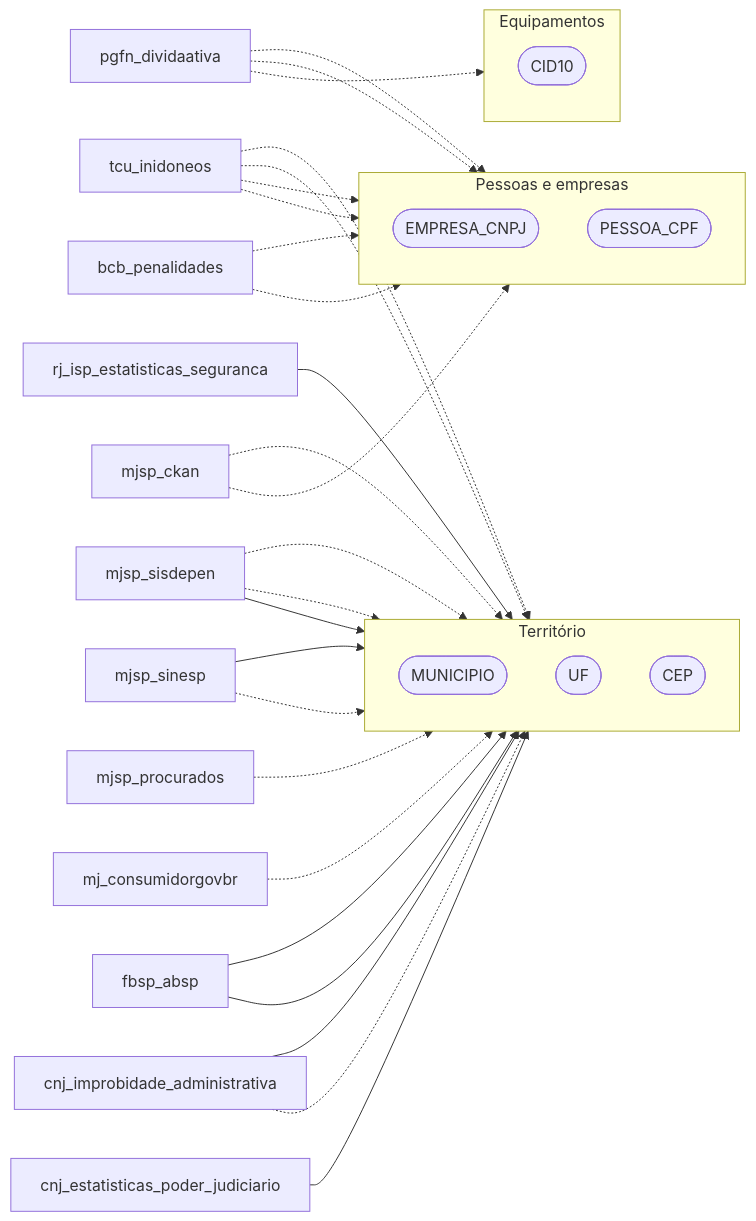
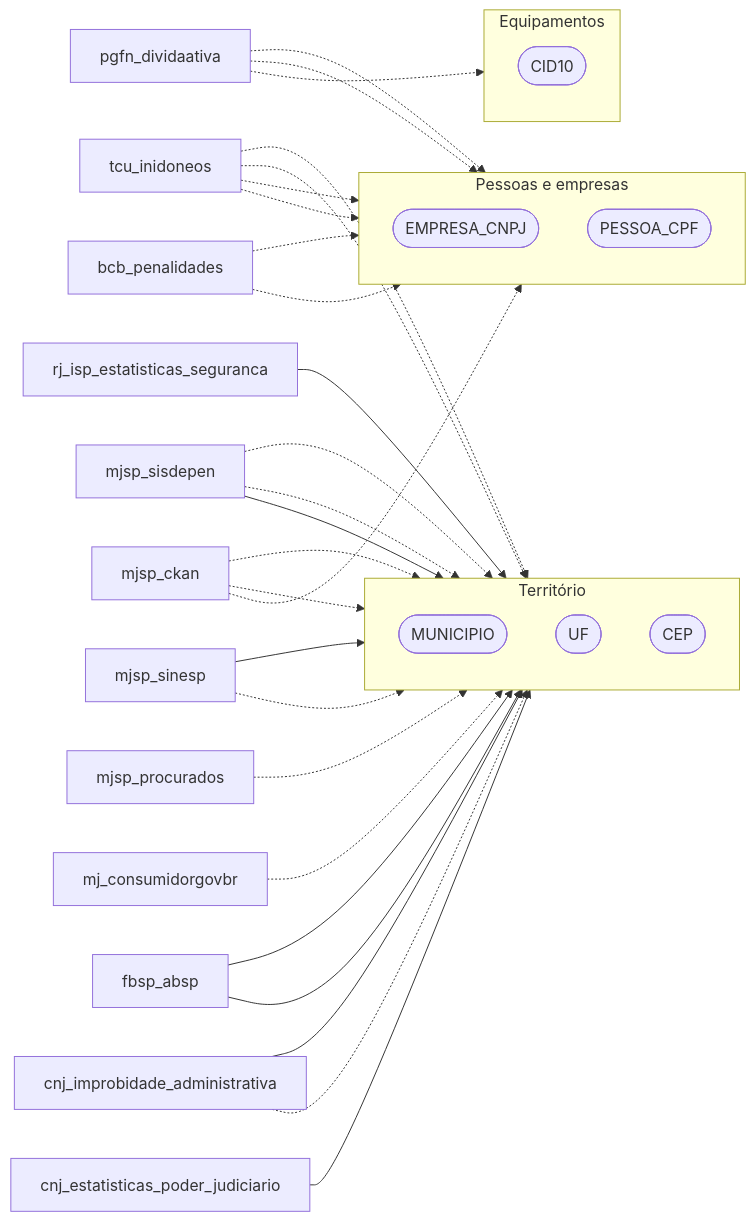
Before and after one commit to rafapolo/rodado: the eighth of 12 diagrams in docs/mapa/Flow.md, drawn with Mermaid. The commit also changed other lines of this file and 24 other files, not shown here.

````diff
--- a/docs/mapa/Flow.md
+++ b/docs/mapa/Flow.md
@@ -764,54 +774,55 @@
 ```mermaid
 flowchart LR
     justica_br_bcb_penalidades["bcb_penalidades"]
     justica_br_cnj_estatisticas_poder_judiciario["cnj_estatisticas_poder_judiciario"]
     justica_br_cnj_improbidade_administrativa["cnj_improbidade_administrativa"]
     justica_br_fbsp_absp["fbsp_absp"]
     justica_br_mj_consumidorgovbr["mj_consumidorgovbr"]
     justica_br_mjsp_ckan["mjsp_ckan"]
     justica_br_mjsp_procurados["mjsp_procurados"]
     justica_br_mjsp_sinesp["mjsp_sinesp"]
     justica_br_mjsp_sisdepen["mjsp_sisdepen"]
     justica_br_pgfn_dividaativa["pgfn_dividaativa"]
     justica_br_rj_isp_estatisticas_seguranca["rj_isp_estatisticas_seguranca"]
     justica_br_tcu_inidoneos["tcu_inidoneos"]
     subgraph justica_g_territ_rio["Território"]
         direction TB
         justica_MUNICIPIO(["MUNICIPIO"])
         justica_UF(["UF"])
         justica_CEP(["CEP"])
     end
     subgraph justica_g_pessoas_e_empresas["Pessoas e empresas"]
         direction TB
         justica_EMPRESA_CNPJ(["EMPRESA_CNPJ"])
         justica_PESSOA_CPF(["PESSOA_CPF"])
     end
     subgraph justica_g_equipamentos["Equipamentos"]
         direction TB
         justica_CID10(["CID10"])
     end
     justica_br_bcb_penalidades -.-> justica_EMPRESA_CNPJ
     justica_br_bcb_penalidades -.-> justica_PESSOA_CPF
     justica_br_cnj_estatisticas_poder_judiciario --> justica_UF
     justica_br_cnj_improbidade_administrativa -.-> justica_MUNICIPIO
     justica_br_cnj_improbidade_administrativa --> justica_UF
     justica_br_fbsp_absp --> justica_MUNICIPIO
     justica_br_fbsp_absp --> justica_UF
     justica_br_mj_consumidorgovbr -.-> justica_UF
     justica_br_mjsp_ckan -.-> justica_EMPRESA_CNPJ
+    justica_br_mjsp_ckan -.-> justica_MUNICIPIO
     justica_br_mjsp_ckan -.-> justica_UF
     justica_br_mjsp_procurados -.-> justica_UF
     justica_br_mjsp_sinesp -.-> justica_MUNICIPIO
     justica_br_mjsp_sinesp --> justica_UF
     justica_br_mjsp_sisdepen --> justica_CEP
     justica_br_mjsp_sisdepen -.-> justica_MUNICIPIO
     justica_br_mjsp_sisdepen -.-> justica_UF
     justica_br_pgfn_dividaativa -.-> justica_CID10
     justica_br_pgfn_dividaativa -.-> justica_EMPRESA_CNPJ
     justica_br_pgfn_dividaativa -.-> justica_PESSOA_CPF
     justica_br_rj_isp_estatisticas_seguranca --> justica_MUNICIPIO
     justica_br_tcu_inidoneos -.-> justica_EMPRESA_CNPJ
     justica_br_tcu_inidoneos -.-> justica_MUNICIPIO
     justica_br_tcu_inidoneos -.-> justica_PESSOA_CPF
     justica_br_tcu_inidoneos -.-> justica_UF
 ```
````
